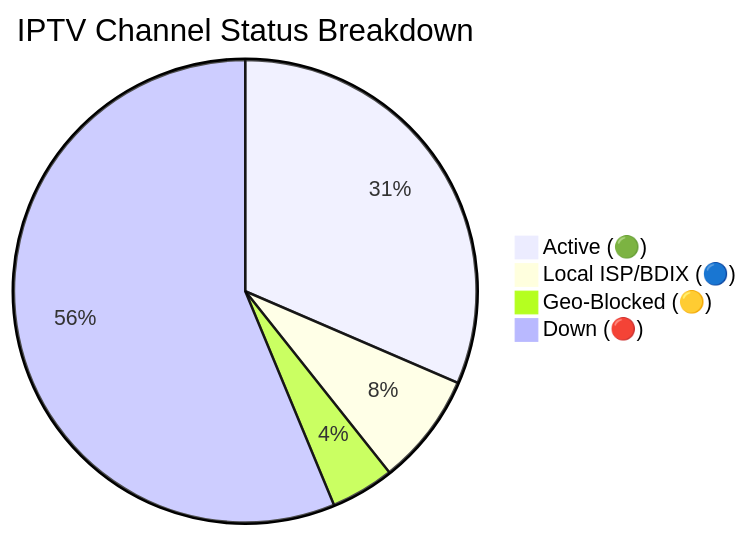
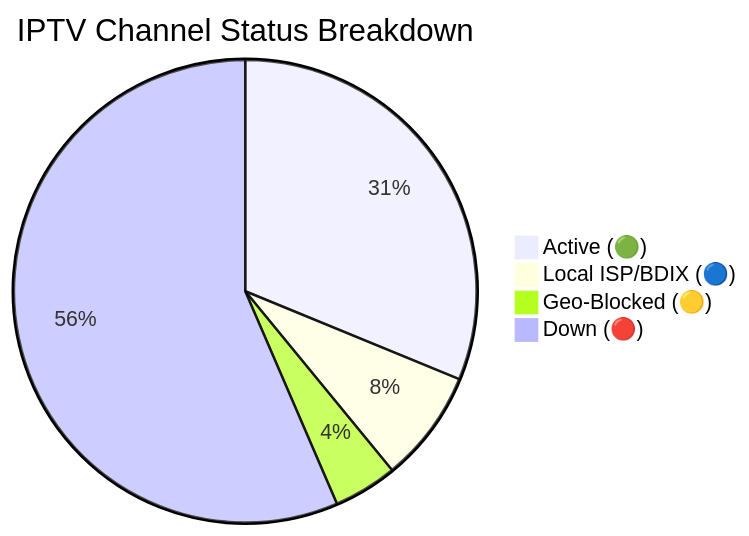
The diagram in README.md (Zaman-Topu/Ip-tv-Collection), drawn with Mermaid before and after one commit. The commit also changed other lines of this file and 6 other files, not shown here.

````diff
--- a/README.md
+++ b/README.md
@@ -149,7 +149,7 @@
 ```mermaid
 pie title IPTV Channel Status Breakdown
-    "Active (🟢)" : 10826
-    "Local ISP/BDIX (🔵)" : 2692
-    "Geo-Blocked (🟡)" : 1526
-    "Down (🔴)" : 19350
+    "Active (🟢)" : 10708
+    "Local ISP/BDIX (🔵)" : 2697
+    "Geo-Blocked (🟡)" : 1531
+    "Down (🔴)" : 19385
 ```
````
